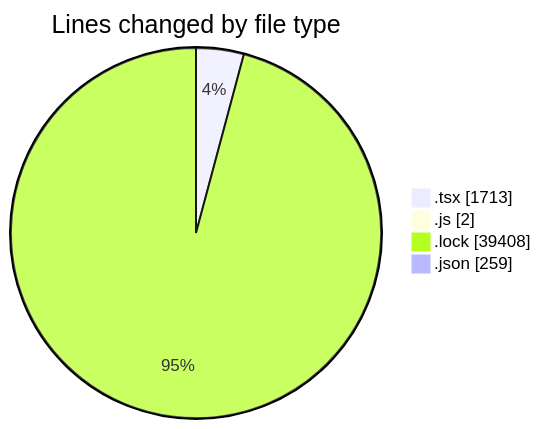
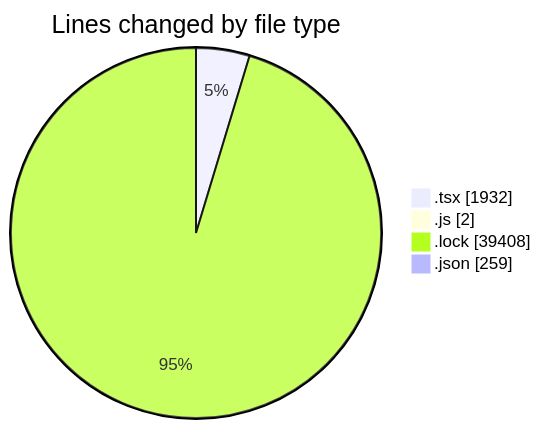
The first of 2 diagrams in 2026-05-15/cda/README.md (momahboobian/code-tracking), drawn with Mermaid before and after one commit. The commit also changed other lines of this file and 1 other file, not shown here.

````diff
--- a/2026-05-15/cda/README.md
+++ b/2026-05-15/cda/README.md
@@ -37,8 +38,8 @@
 ```mermaid
 pie showData
 title Lines changed by file type
-".tsx" : 1713
+".tsx" : 1932
 ".js" : 2
 ".lock" : 39408
 ".json" : 259
 ```
````
